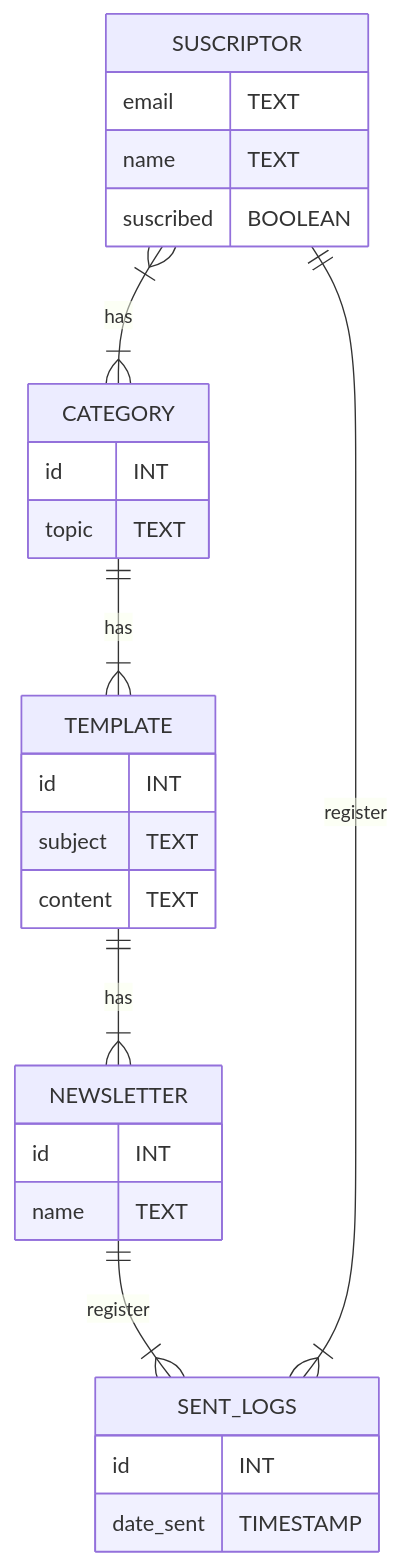
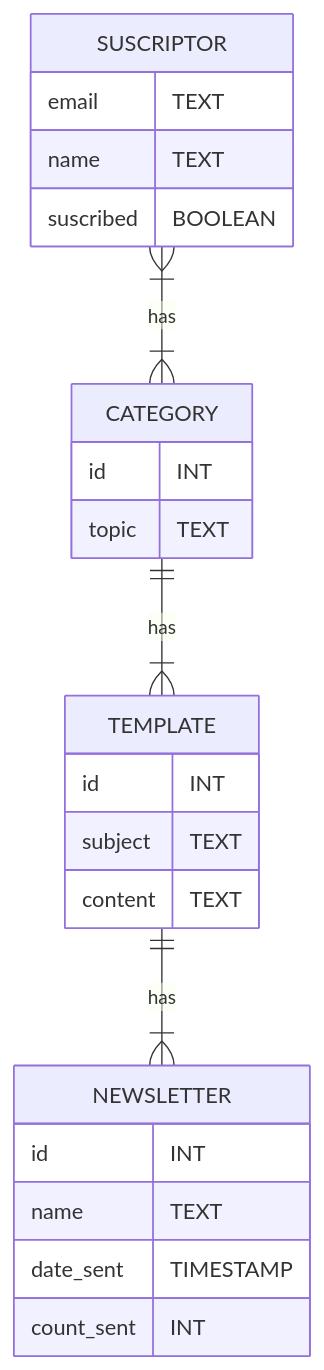
One commit to edevars/codecraft_rest changed the diagram in README.md. Above: the diagram before and after it, drawn with Mermaid. The commit also changed 4 other files, not shown here.

````diff
--- a/README.md
+++ b/README.md
@@ -62,35 +62,31 @@
 ```mermaid
 erDiagram
     SUSCRIPTOR {
         email TEXT
         name TEXT
         suscribed BOOLEAN
     }
 
     CATEGORY {
         id INT
         topic TEXT
     }
 
     TEMPLATE {
         id INT
         subject TEXT
         content TEXT
     }
 
     NEWSLETTER {
         id INT
         name TEXT
+        date_sent TIMESTAMP
+        count_sent INT 
     }
 
-    SENT_LOGS {
-        id INT
-        date_sent TIMESTAMP 
-    }
 
-NEWSLETTER ||--|{ SENT_LOGS : register
-SUSCRIPTOR ||--|{ SENT_LOGS : register
 SUSCRIPTOR }|--|{ CATEGORY : has
 TEMPLATE ||--|{ NEWSLETTER : has
 CATEGORY ||--|{ TEMPLATE : has
 ```
````
